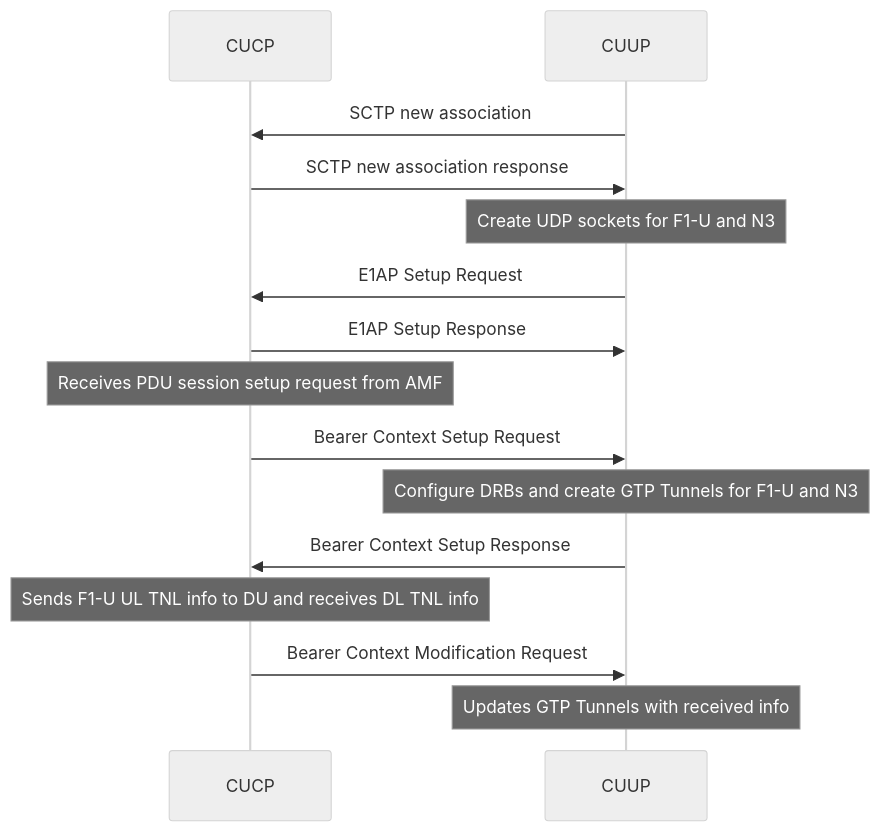
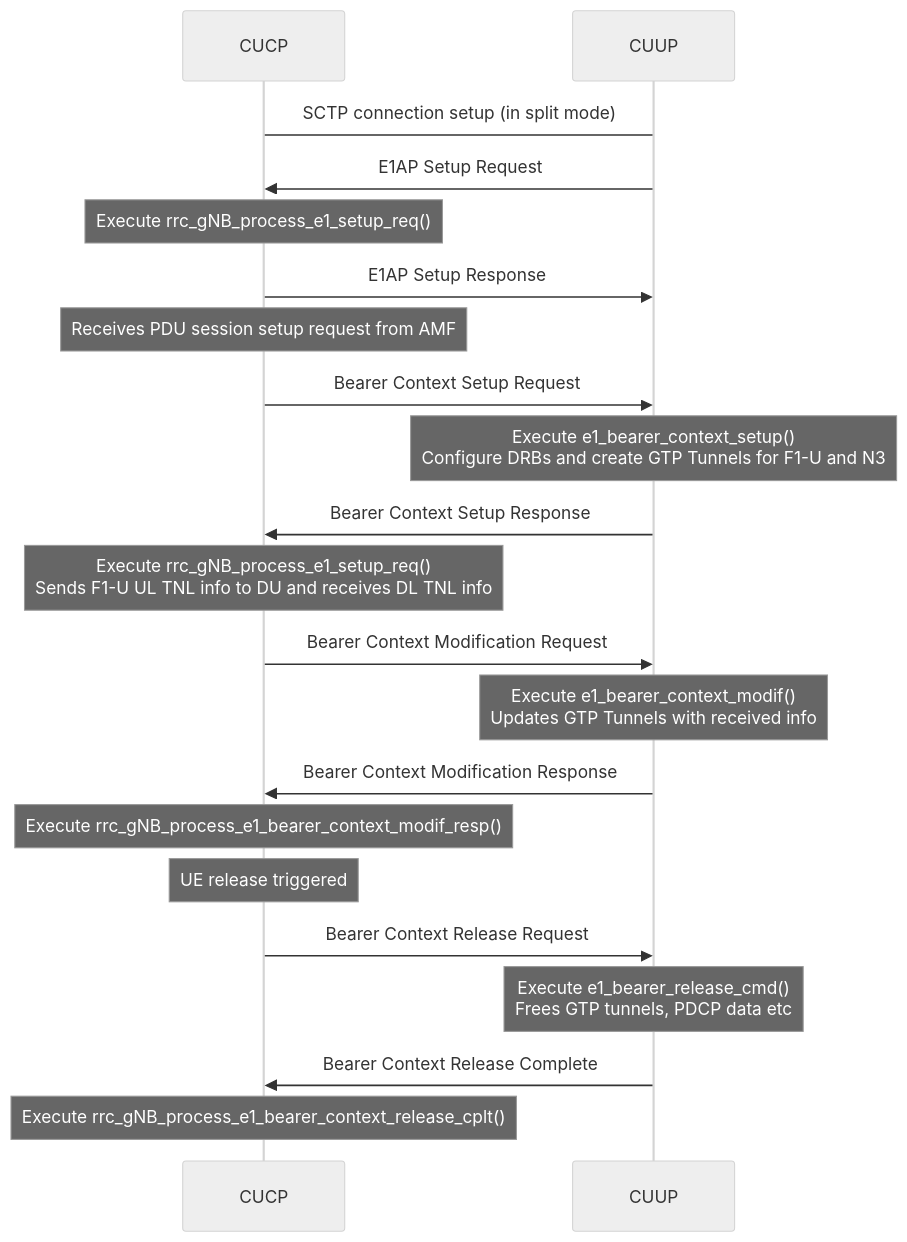
Before and after one commit to OPENAIRINTERFACE/openairinterface5g: the diagram in doc/E1-design.md, drawn with Mermaid (neutral theme). The commit also changed other lines of this file, not shown here.

````diff
--- a/doc/E1-design.md
+++ b/doc/E1-design.md
@@ -12,17 +16,26 @@
 ```mermaid
 sequenceDiagram
   participant c as CUCP
   participant u as CUUP
-  u->>c: SCTP new association
-  c->>u: SCTP new association response
-  Note over u: Create UDP sockets for F1-U and N3
+  u->c: SCTP connection setup (in split mode)
   u->>c: E1AP Setup Request
+  Note over c: Execute rrc_gNB_process_e1_setup_req()
   c->>u: E1AP Setup Response
+
   Note over c: Receives PDU session setup request from AMF
   c->>u: Bearer Context Setup Request
-  Note over u: Configure DRBs and create GTP Tunnels for F1-U and N3
+  Note over u: Execute e1_bearer_context_setup()<br/>Configure DRBs and create GTP Tunnels for F1-U and N3
   u->>c: Bearer Context Setup Response
-  Note over c: Sends F1-U UL TNL info to DU and receives DL TNL info
+  Note over c: Execute rrc_gNB_process_e1_setup_req()<br/>Sends F1-U UL TNL info to DU and receives DL TNL info
+
   c->>u: Bearer Context Modification Request
-  Note over u: Updates GTP Tunnels with received info
+  Note over u: Execute e1_bearer_context_modif()<br/>Updates GTP Tunnels with received info
+  u->>c: Bearer Context Modification Response
+  Note over c: Execute rrc_gNB_process_e1_bearer_context_modif_resp()
+
+  Note over c: UE release triggered
+  c->>u: Bearer Context Release Request
+  Note over u: Execute e1_bearer_release_cmd()<br/>Frees GTP tunnels, PDCP data etc
+  u->>c: Bearer Context Release Complete
+  Note over c: Execute rrc_gNB_process_e1_bearer_context_release_cplt()
 ```
````
